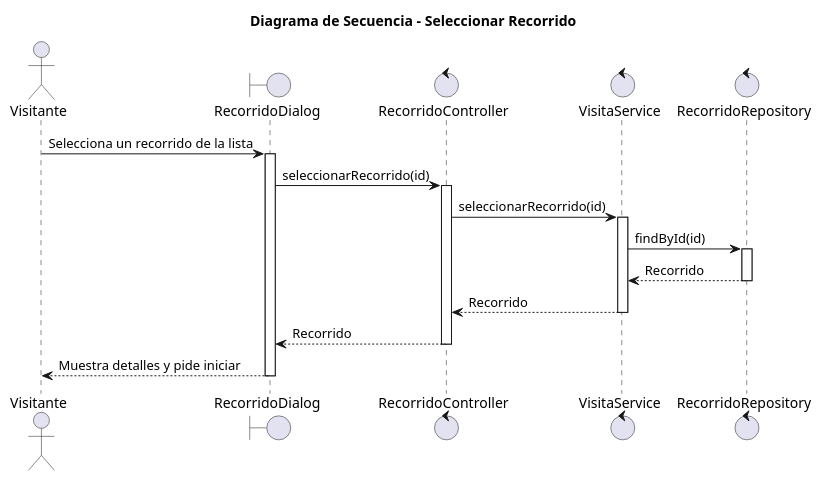
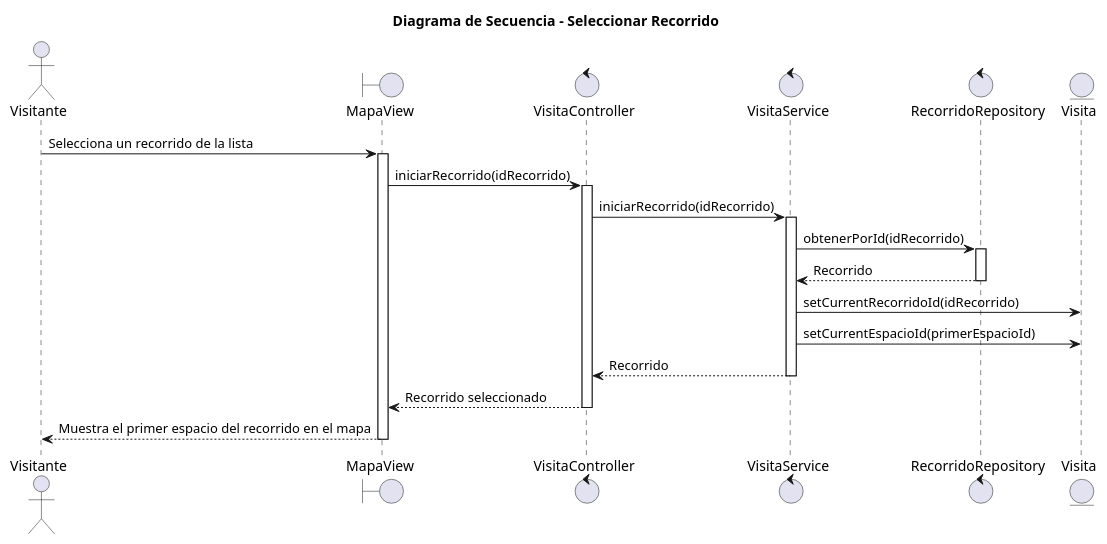
The diagram in modelosUML/02-diseño/01-Visitante/seleccionarRecorrido/secuencia.puml (mmasias/25-26-idsw2-sdVC), drawn with PlantUML before and after one commit. The commit also changed 36 other files, not shown here.

Commit message:
refactor(uml):update design diagrams and specs with new functions

```diff
--- a/modelosUML/02-diseño/01-Visitante/seleccionarRecorrido/secuencia.puml
+++ b/modelosUML/02-diseño/01-Visitante/seleccionarRecorrido/secuencia.puml
@@ -1,27 +1,30 @@
 @startuml
 title "Diagrama de Secuencia - Seleccionar Recorrido"
 
 actor "Visitante" as visitor
-boundary "RecorridoDialog" as view
-control "RecorridoController" as controller
+boundary "MapaView" as view
+control "VisitaController" as controller
 control "VisitaService" as service
 control "RecorridoRepository" as repository
+entity "Visita" as visit
 
 visitor -> view: Selecciona un recorrido de la lista
 activate view
-view -> controller: seleccionarRecorrido(id)
+view -> controller: iniciarRecorrido(idRecorrido)
 activate controller
-controller -> service: seleccionarRecorrido(id)
+controller -> service: iniciarRecorrido(idRecorrido)
 activate service
-service -> repository: findById(id)
+service -> repository: obtenerPorId(idRecorrido)
 activate repository
 repository --> service: Recorrido
 deactivate repository
+service -> visit: setCurrentRecorridoId(idRecorrido)
+service -> visit: setCurrentEspacioId(primerEspacioId)
 service --> controller: Recorrido
 deactivate service
-controller --> view: Recorrido
+controller --> view: Recorrido seleccionado
 deactivate controller
-view --> visitor: Muestra detalles y pide iniciar
+view --> visitor: Muestra el primer espacio del recorrido en el mapa
 deactivate view
 
 @enduml
```
